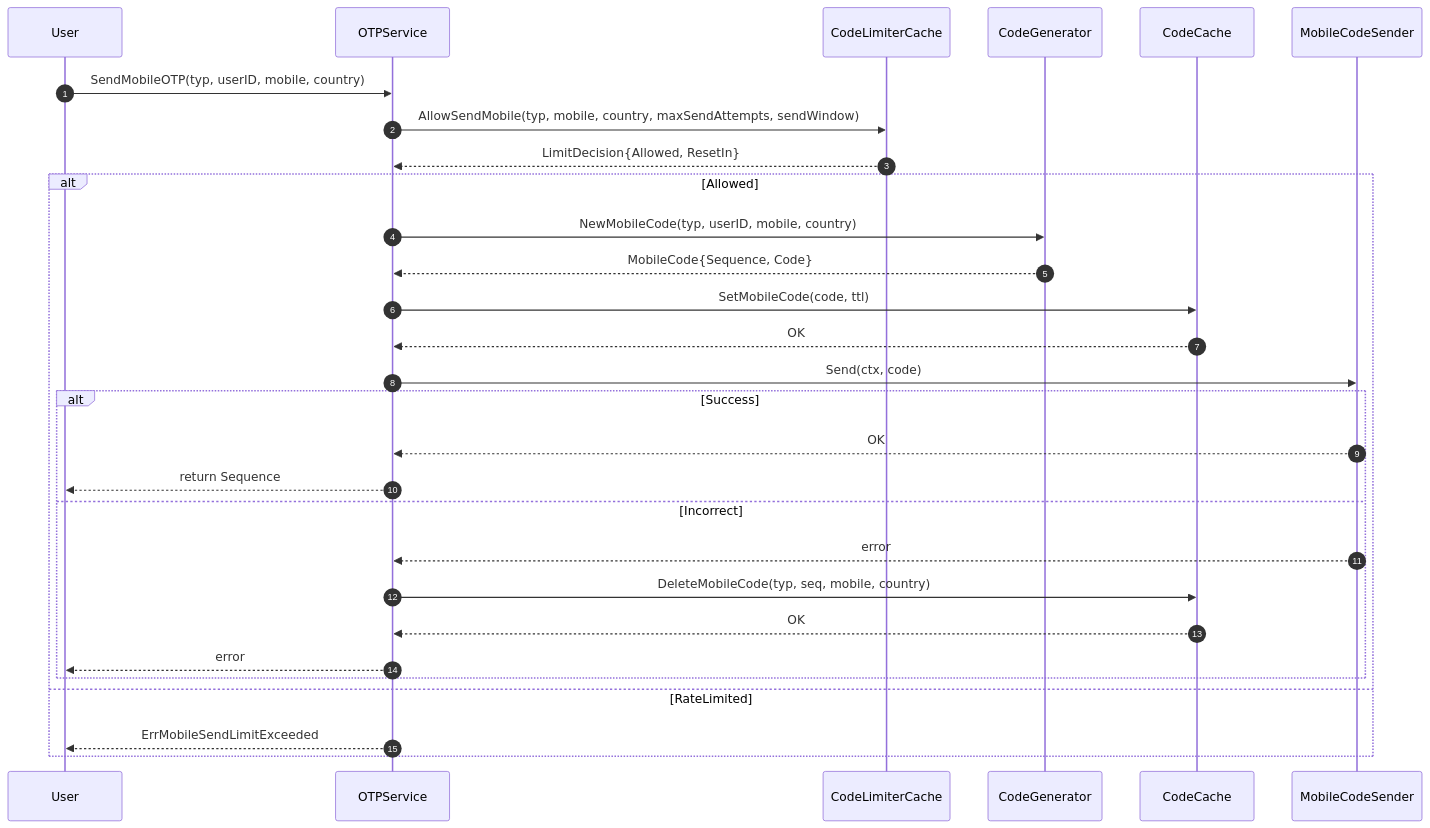
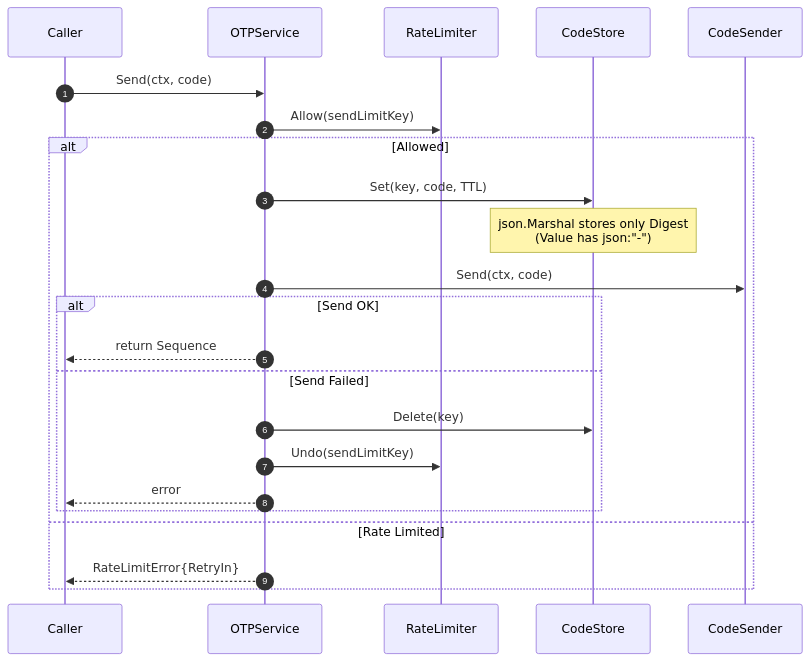
One commit to crypto-zero/go-biz changed the first of 2 diagrams in verification/README.md. Above: the diagram before and after it, drawn with Mermaid. The commit also changed other lines of this file and 17 other files, not shown here.

First line of the commit message:
feat: implement email OTP sending functionality with an SMTP sender (#7)

````diff
--- a/verification/README.md
+++ b/verification/README.md
@@ -63,33 +70,26 @@
 ```mermaid
 sequenceDiagram
     autonumber
-    participant User
+    participant Caller
     participant OTPService
-    participant CodeLimiterCache
-    participant CodeGenerator
-    participant CodeCache
-    participant MobileCodeSender
+    participant RateLimiter
+    participant CodeStore
+    participant CodeSender
 
-    User->>OTPService: SendMobileOTP(typ, userID, mobile, country)
-    OTPService->>CodeLimiterCache: AllowSendMobile(typ, mobile, country, maxSendAttempts, sendWindow)
-    CodeLimiterCache-->>OTPService: LimitDecision{Allowed, ResetIn}
-
+    Caller->>OTPService: Send(ctx, code)
+    OTPService->>RateLimiter: Allow(sendLimitKey)
     alt Allowed
-        OTPService->>CodeGenerator: NewMobileCode(typ, userID, mobile, country)
-        CodeGenerator-->>OTPService: MobileCode{Sequence, Code}
-        OTPService->>CodeCache: SetMobileCode(code, ttl)
-        CodeCache-->>OTPService: OK
-        OTPService->>MobileCodeSender: Send(ctx, code)
-        alt Success
-            MobileCodeSender-->>OTPService: OK
-            OTPService-->>User: return Sequence
-        else Incorrect
-            MobileCodeSender-->>OTPService: error
-            OTPService->>CodeCache: DeleteMobileCode(typ, seq, mobile, country)
-            CodeCache-->>OTPService: OK
-            OTPService-->>User: error
+        OTPService->>CodeStore: Set(key, code, TTL)
+        Note over CodeStore: json.Marshal stores only Digest<br/>(Value has json:"-")
+        OTPService->>CodeSender: Send(ctx, code)
+        alt Send OK
+            OTPService-->>Caller: return Sequence
+        else Send Failed
+            OTPService->>CodeStore: Delete(key)
+            OTPService->>RateLimiter: Undo(sendLimitKey)
+            OTPService-->>Caller: error
         end
-    else RateLimited
-        OTPService-->>User: ErrMobileSendLimitExceeded
+    else Rate Limited
+        OTPService-->>Caller: RateLimitError{RetryIn}
     end
 ```
````
